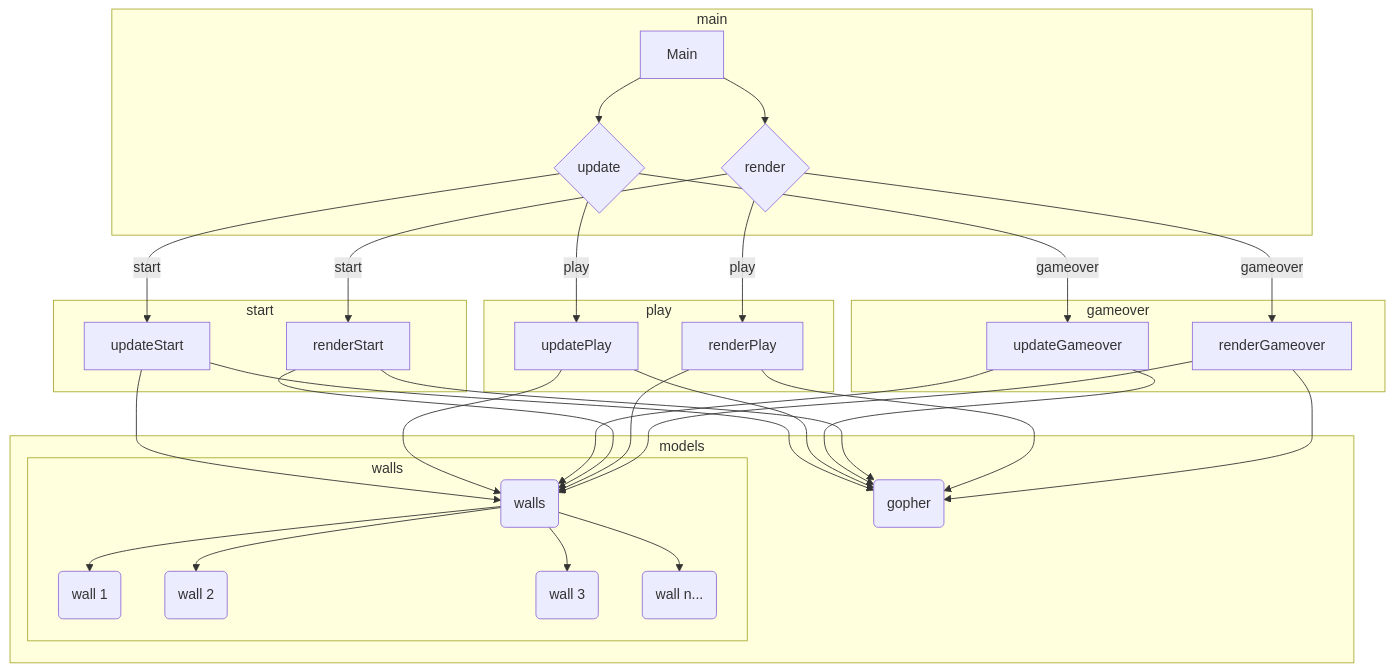
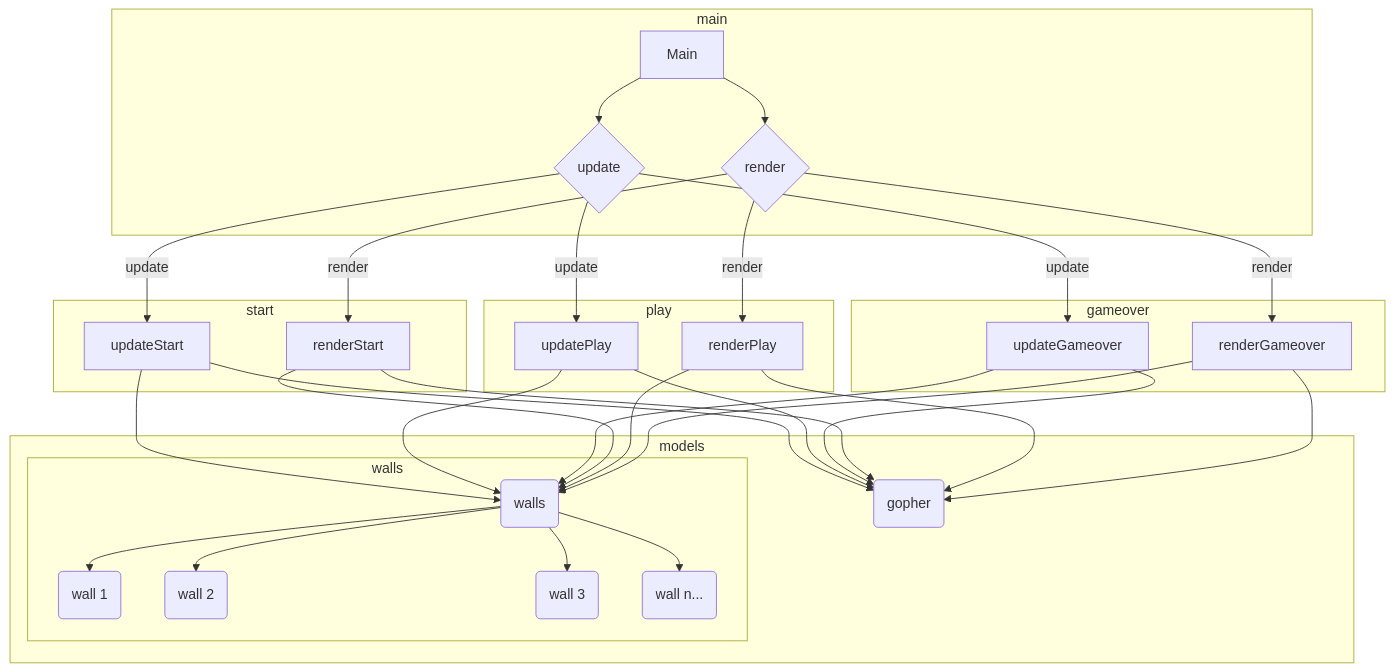
Before and after one commit to deadprogram/flappy-gopher: the diagram in README.md, drawn with Mermaid. The commit also changed other lines of this file, not shown here.

Commit message:
docs: a little further clarification on how things work

````diff
--- a/README.md
+++ b/README.md
@@ -38,41 +46,41 @@
 ```mermaid
 
 flowchart TD
     subgraph main
     A[Main]
     A --> U{update}
     A --> R{render}
     end
     subgraph start
-    U -->|start| US[updateStart]
-    R -->|start| RS[renderStart]
+    U -->|update| US[updateStart]
+    R -->|render| RS[renderStart]
     end
     subgraph play
-    U -->|play| UP[updatePlay]
-    R -->|play| RP[renderPlay]
+    U -->|update| UP[updatePlay]
+    R -->|render| RP[renderPlay]
     end
     subgraph gameover
-    U -->|gameover| UG[updateGameover]
-    R -->|gameover| RO[renderGameover]
+    U -->|update| UG[updateGameover]
+    R -->|render| RO[renderGameover]
     end
     subgraph models
     US --> G(gopher)
     US --> WS(walls)
     subgraph walls
     WS --> W1(wall 1)
     WS --> W2(wall 2)
     WS --> W3(wall 3)
     WS --> WN(wall n...)
     end
     UP --> G
     UP --> WS
     UG --> G
     UG --> WS
     RS --> G
     RS --> WS
     RP --> G
     RP --> WS
     RO --> G
     RO --> WS
     end
 ```
````
